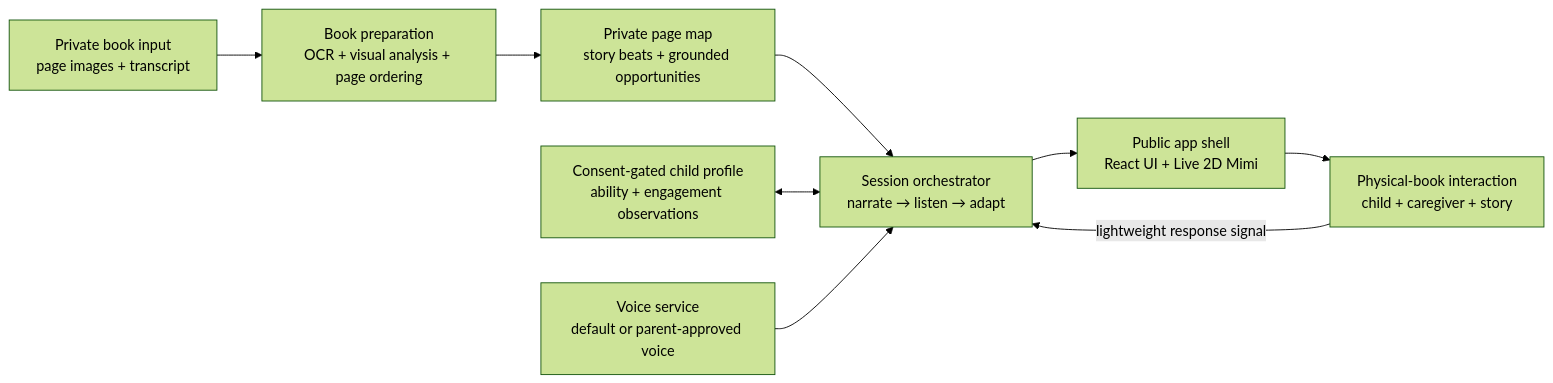
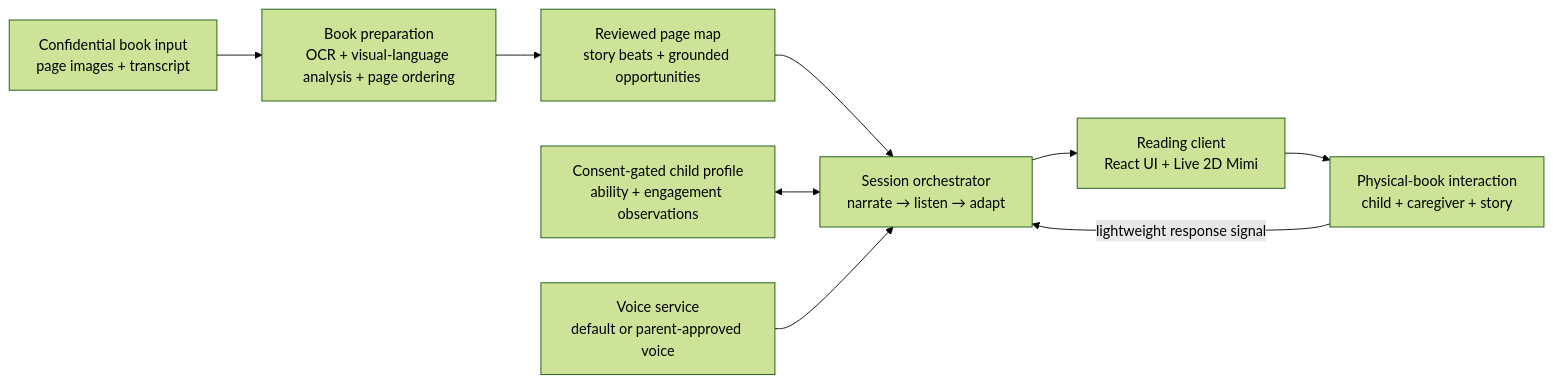
Before and after one commit to susiefan/Read-for-Xixi: the diagram in README.md, drawn with Mermaid (forest theme). The commit also changed other lines of this file and 1 other file, not shown here.

````diff
--- a/README.md
+++ b/README.md
@@ -116,11 +114,11 @@
 ```mermaid
 flowchart LR
-    A["Private book input<br/>page images + transcript"] --> B["Book preparation<br/>OCR + visual analysis + page ordering"]
-    B --> C["Private page map<br/>story beats + grounded opportunities"]
+    A["Confidential book input<br/>page images + transcript"] --> B["Book preparation<br/>OCR + visual-language analysis + page ordering"]
+    B --> C["Reviewed page map<br/>story beats + grounded opportunities"]
     C --> D["Session orchestrator<br/>narrate → listen → adapt"]
     E["Consent-gated child profile<br/>ability + engagement observations"] <--> D
     F["Voice service<br/>default or parent-approved voice"] --> D
-    D --> G["Public app shell<br/>React UI + Live 2D Mimi"]
+    D --> G["Reading client<br/>React UI + Live 2D Mimi"]
     G --> H["Physical-book interaction<br/>child + caregiver + story"]
     H -->|"lightweight response signal"| D
 ```
````
